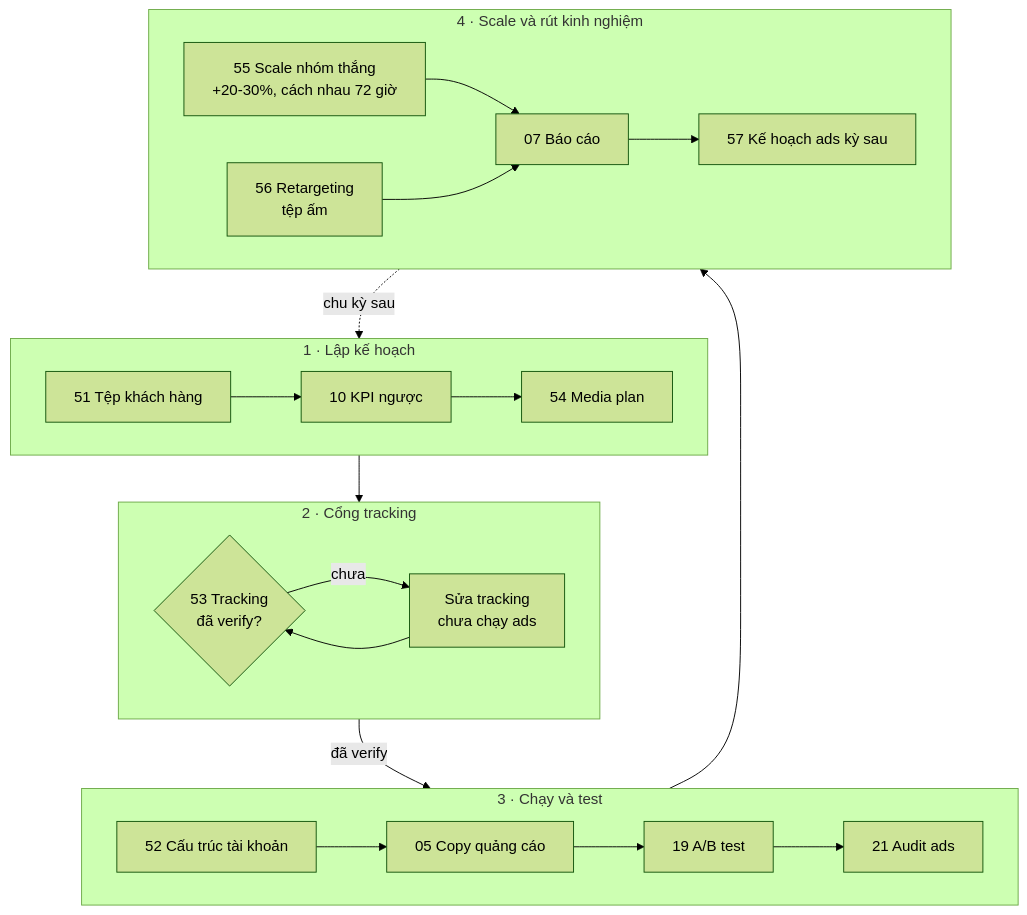
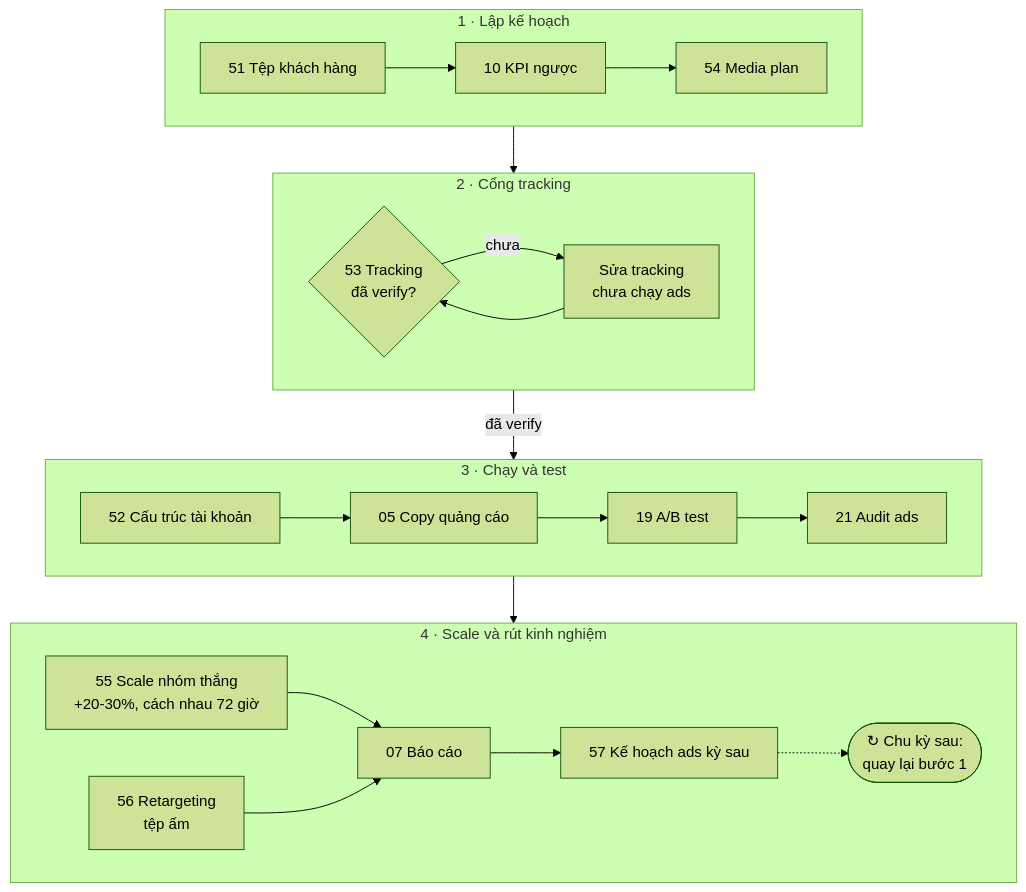
The sixth of 8 diagrams in README.vi.md (minhnv0807/ai-business-skills), drawn with Mermaid (forest theme) before and after one commit. The commit also changed other lines of this file and 1 other file, not shown here.

````diff
--- a/README.vi.md
+++ b/README.vi.md
@@ -297,23 +294,22 @@
 ```mermaid
 flowchart TB
     subgraph PLAN["1 · Lập kế hoạch"]
         direction LR
         A["51 Tệp khách hàng"] --> K["10 KPI ngược"] --> M["54 Media plan"]
     end
     subgraph GATE["2 · Cổng tracking"]
         direction LR
         T{"53 Tracking<br/>đã verify?"} -->|chưa| FIX["Sửa tracking<br/>chưa chạy ads"] --> T
     end
     subgraph RUN["3 · Chạy và test"]
         direction LR
         S["52 Cấu trúc tài khoản"] --> C["05 Copy quảng cáo"] --> AB["19 A/B test"] --> AU["21 Audit ads"]
     end
     subgraph GROW["4 · Scale và rút kinh nghiệm"]
         direction LR
         SC["55 Scale nhóm thắng<br/>+20-30%, cách nhau 72 giờ"] --> R["07 Báo cáo"]
         RT["56 Retargeting<br/>tệp ấm"] --> R
-        R --> N["57 Kế hoạch ads kỳ sau"]
+        R --> N["57 Kế hoạch ads kỳ sau"] -.-> AGAIN(["↻ Chu kỳ sau:<br/>quay lại bước 1"])
     end
     PLAN --> GATE -->|đã verify| RUN --> GROW
-    GROW -.->|chu kỳ sau| PLAN
 ```
````
